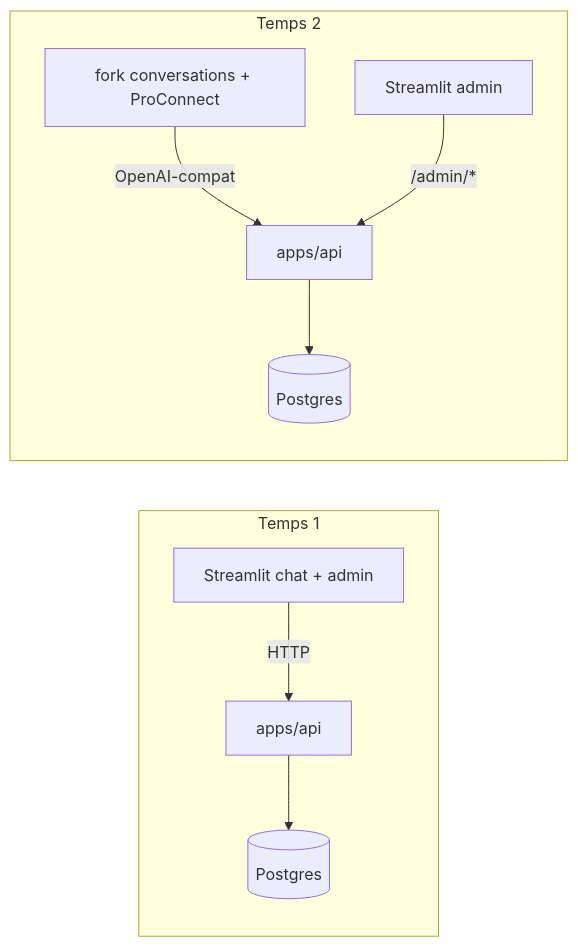
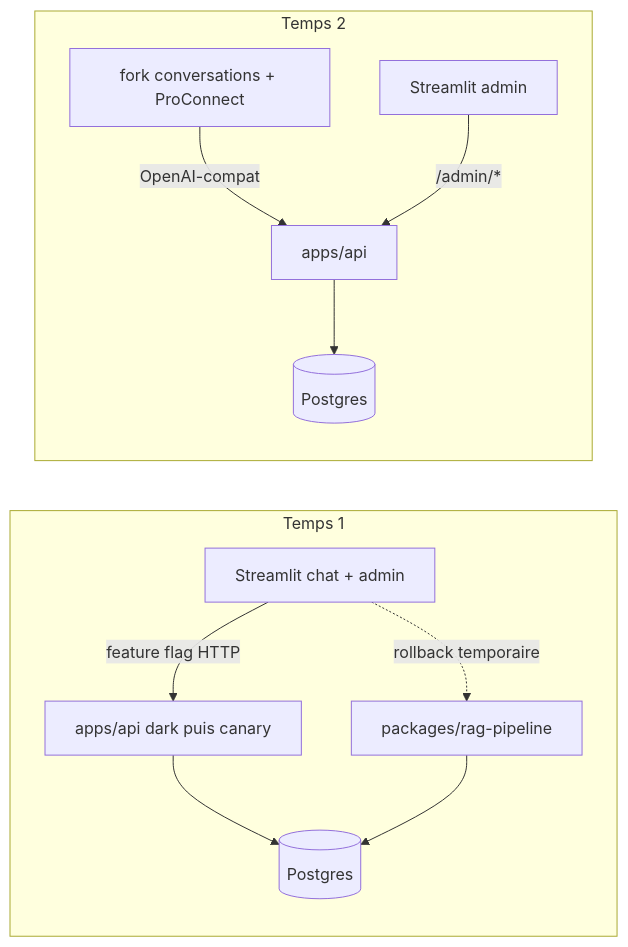
The diagram in docs/architecture/hexagonal-split/00-overview.md (DGAFP/assistant-rh), drawn with Mermaid before and after one commit. The commit also changed other lines of this file and 6 other files, not shown here.

````diff
--- a/docs/architecture/hexagonal-split/00-overview.md
+++ b/docs/architecture/hexagonal-split/00-overview.md
@@ -17,12 +17,14 @@
 ```mermaid
 flowchart LR
     subgraph "Temps 1"
-        ST1[Streamlit chat + admin] -->|HTTP| API1[apps/api]
+        ST1[Streamlit chat + admin] -->|feature flag HTTP| API1[apps/api dark puis canary]
+        ST1 -.->|rollback temporaire| OLD[packages/rag-pipeline]
         API1 --> DB1[(Postgres)]
+        OLD --> DB1
     end
     subgraph "Temps 2"
         CONV[fork conversations + ProConnect] -->|OpenAI-compat| API2[apps/api]
         ST2[Streamlit admin] -->|/admin/*| API2
         API2 --> DB2[(Postgres)]
     end
 ```
````
